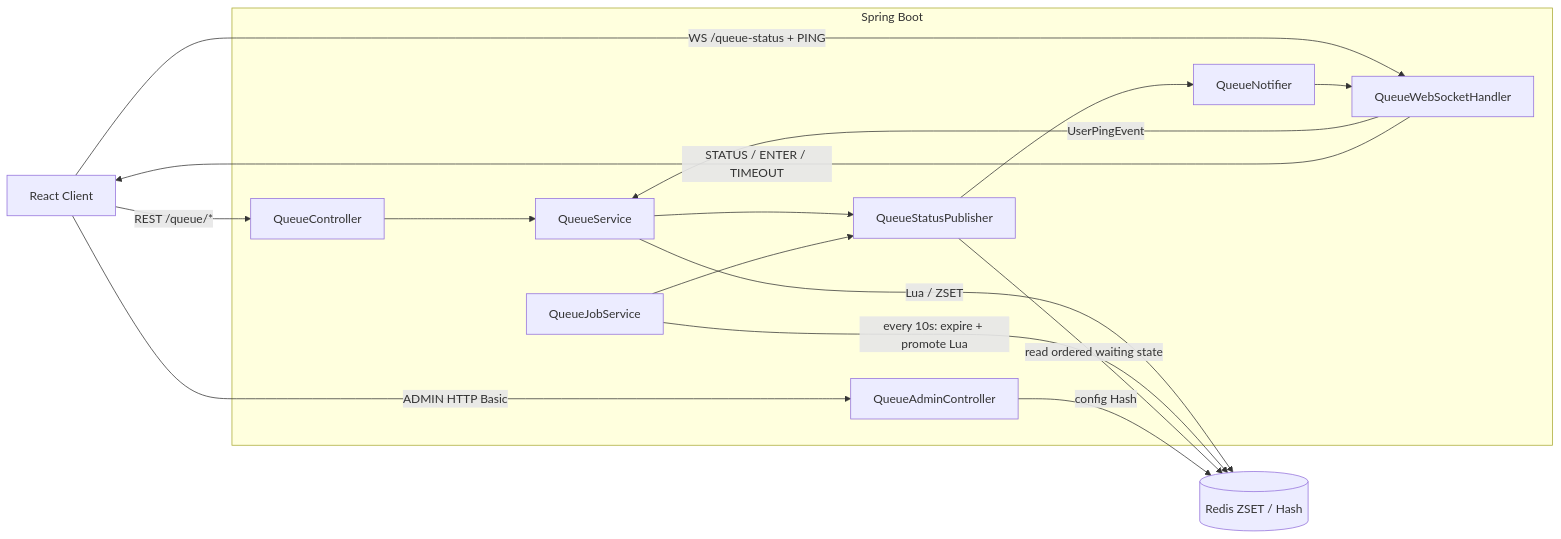
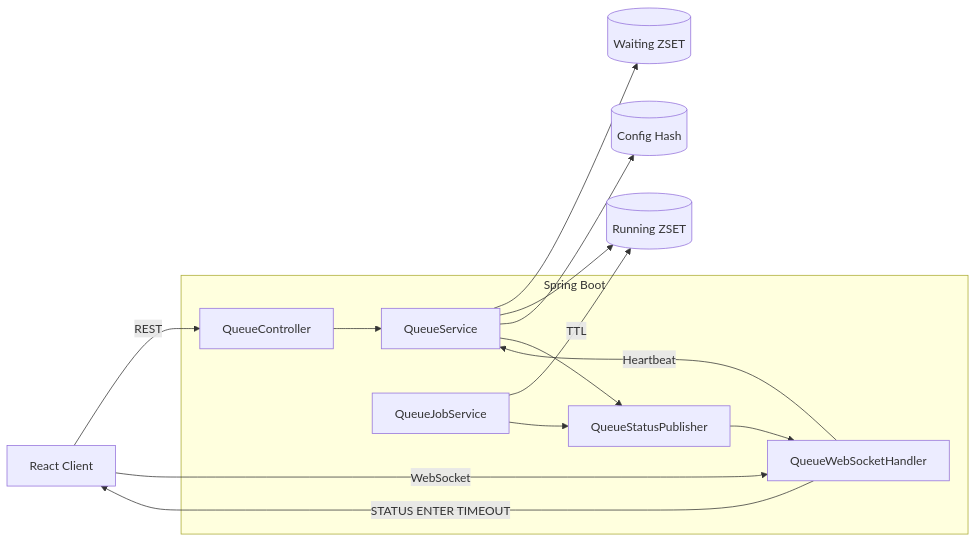
Before and after one commit to asbazq/queueSystem: the diagram in README.md, drawn with Mermaid. The commit also changed other lines of this file, not shown here.

````diff
--- a/README.md
+++ b/README.md
@@ -69,33 +53,46 @@
 ```mermaid
-flowchart LR
-  FE[React Client]
-  REDIS[(Redis ZSET / Hash)]
+graph LR
 
-  subgraph APP[Spring Boot]
-    QC[QueueController]
-    QS[QueueService]
-    QJ[QueueJobService]
-    QSP[QueueStatusPublisher]
-    QN[QueueNotifier]
-    WSH[QueueWebSocketHandler]
-    QAC[QueueAdminController]
-  end
+CLIENT[React Client]
 
-  FE -- REST /queue/* --> QC
-  QC --> QS
-  QS -- Lua / ZSET --> REDIS
+subgraph SPRING[Spring Boot]
 
-  FE -- WS /queue-status + PING --> WSH
-  WSH -- UserPingEvent --> QS
+CONTROLLER[QueueController]
 
-  QJ -- every 10s: expire + promote Lua --> REDIS
-  QS --> QSP
-  QJ --> QSP
-  QSP -- read ordered waiting state --> REDIS
-  QSP --> QN
-  QN --> WSH
-  WSH -- STATUS / ENTER / TIMEOUT --> FE
+SERVICE[QueueService]
 
-  FE -- ADMIN HTTP Basic --> QAC
-  QAC -- config Hash --> REDIS
+JOB[QueueJobService]
+
+STATUS[QueueStatusPublisher]
+
+WS[QueueWebSocketHandler]
+
+end
+
+WAIT[(Waiting ZSET)]
+
+RUN[(Running ZSET)]
+
+CONFIG[(Config Hash)]
+
+CLIENT -->|REST| CONTROLLER
+
+CONTROLLER --> SERVICE
+
+SERVICE --> WAIT
+SERVICE --> RUN
+SERVICE --> CONFIG
+
+CLIENT -->|WebSocket| WS
+
+WS -->|Heartbeat| SERVICE
+
+JOB -->|TTL| RUN
+
+SERVICE --> STATUS
+JOB --> STATUS
+
+STATUS --> WS
+
+WS -->|STATUS ENTER TIMEOUT| CLIENT
 ```
````
